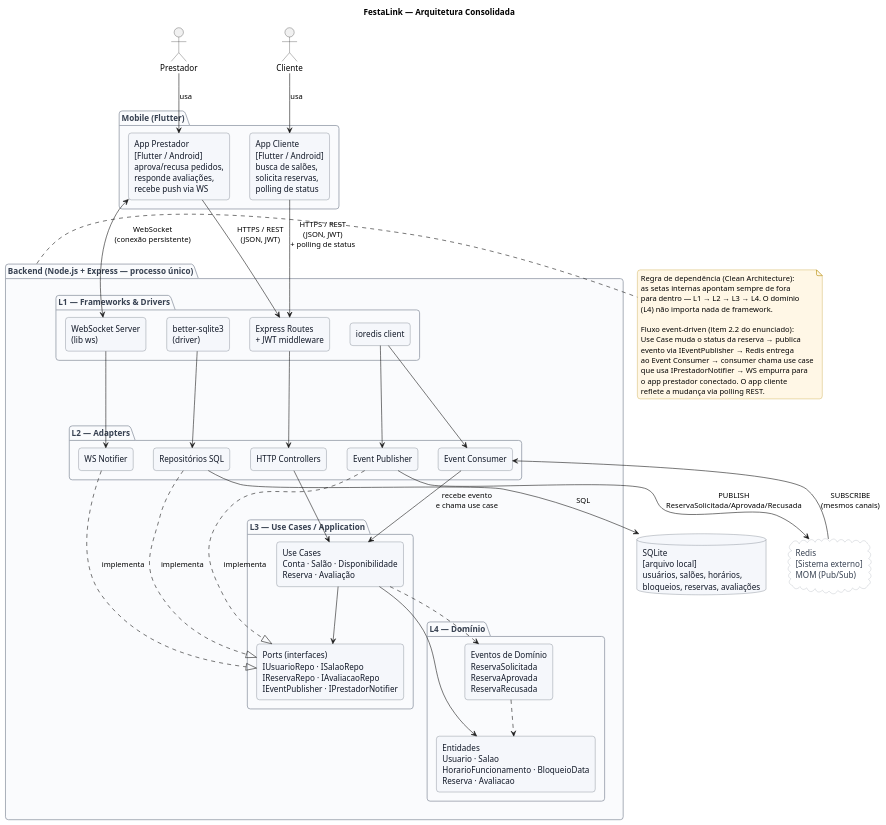
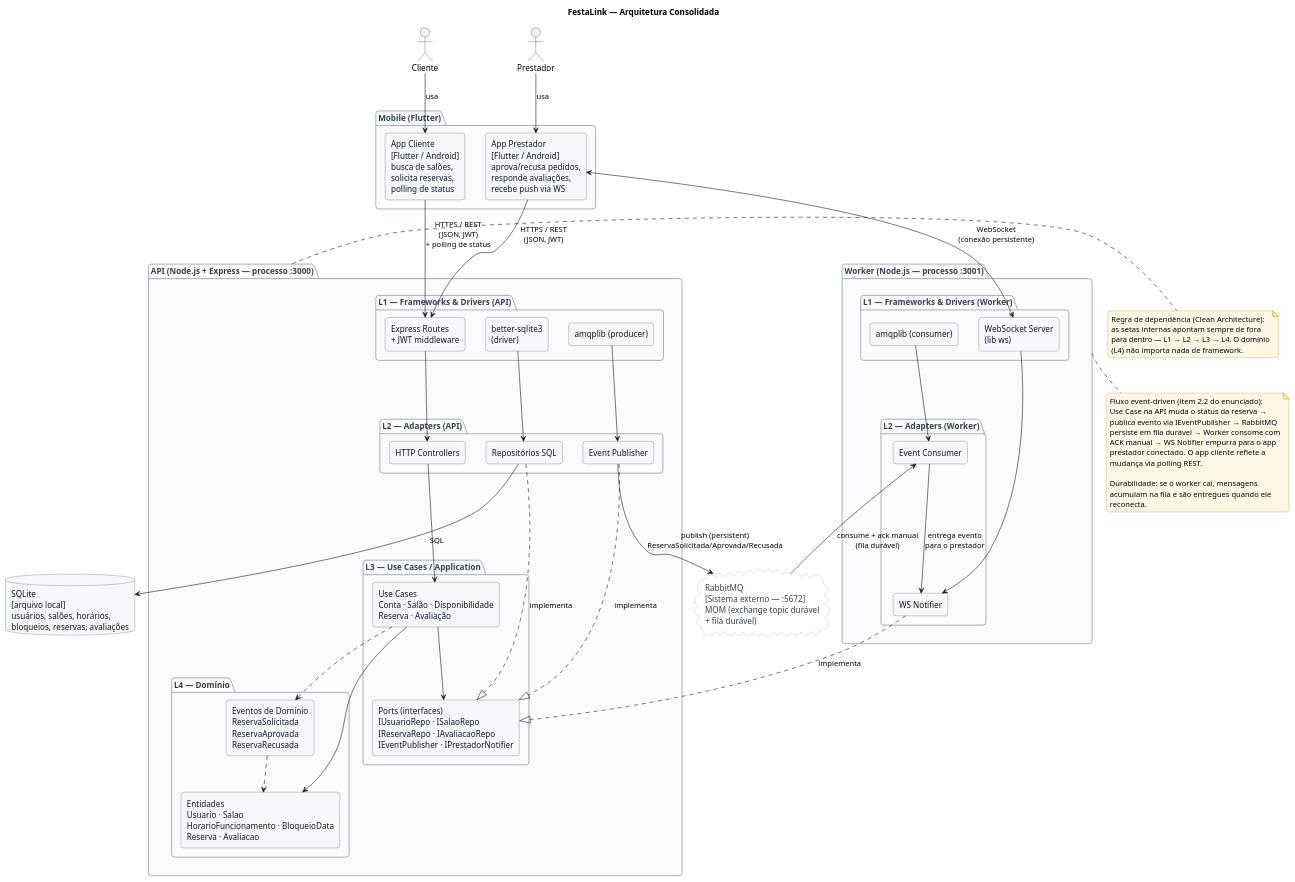
One commit to MiguelMagCastro/festalink_app changed the diagram in docs/diagrams/14-arquitetura.puml. Above: the diagram before and after it, drawn with PlantUML. The commit also changed 9 other files, not shown here.

Commit message:
docs(diagramas): atualiza puml e png para rabbitmq e split api/worker

```diff
--- a/docs/diagrams/14-arquitetura.puml
+++ b/docs/diagrams/14-arquitetura.puml
@@ -1,117 +1,133 @@
 @startuml
 title FestaLink — Arquitetura Consolidada
 
 skinparam backgroundColor #FFFFFF
 skinparam shadowing false
 skinparam roundCorner 10
 skinparam defaultFontName "Helvetica"
 skinparam rectangle {
   BackgroundColor #F5F7FB
   BorderColor #4B5563
   FontColor #111827
 }
 skinparam database {
   BackgroundColor #F5F7FB
   BorderColor #4B5563
   FontColor #111827
 }
 skinparam cloud {
   BackgroundColor #FFFFFF
   BorderColor #9CA3AF
   FontColor #374151
 }
 skinparam package {
   BackgroundColor #FAFBFD
   BorderColor #9CA3AF
   FontColor #374151
 }
 skinparam note {
   BackgroundColor #FFF7E6
   BorderColor #B58900
 }
 
 actor "Cliente" as cli
 actor "Prestador" as pres
 
 package "Mobile (Flutter)" as mob {
   rectangle "App Cliente\n[Flutter / Android]\nbusca de salões,\nsolicita reservas,\npolling de status" as appCli
   rectangle "App Prestador\n[Flutter / Android]\naprova/recusa pedidos,\nresponde avaliações,\nrecebe push via WS" as appPres
 }
 
-package "Backend (Node.js + Express — processo único)" as backend {
+package "API (Node.js + Express — processo :3000)" as api {
 
-  package "L1 — Frameworks & Drivers" as L1 {
+  package "L1 — Frameworks & Drivers (API)" as L1A {
     rectangle "Express Routes\n+ JWT middleware" as routes
-    rectangle "WebSocket Server\n(lib ws)" as wssetup
-    rectangle "ioredis client" as redisc
+    rectangle "amqplib (producer)" as amqpP
     rectangle "better-sqlite3\n(driver)" as dbinit
   }
 
-  package "L2 — Adapters" as L2 {
+  package "L2 — Adapters (API)" as L2A {
     rectangle "HTTP Controllers" as ctrl
     rectangle "Repositórios SQL" as repo
     rectangle "Event Publisher" as pub
-    rectangle "Event Consumer" as cons
-    rectangle "WS Notifier" as wsn
   }
 
   package "L3 — Use Cases / Application" as L3 {
     rectangle "Use Cases\nConta · Salão · Disponibilidade\nReserva · Avaliação" as uc
     rectangle "Ports (interfaces)\nIUsuarioRepo · ISalaoRepo\nIReservaRepo · IAvaliacaoRepo\nIEventPublisher · IPrestadorNotifier" as ports
   }
 
   package "L4 — Domínio" as L4 {
     rectangle "Entidades\nUsuario · Salao\nHorarioFuncionamento · BloqueioData\nReserva · Avaliacao" as ent
     rectangle "Eventos de Domínio\nReservaSolicitada\nReservaAprovada\nReservaRecusada" as evs
   }
 }
 
+package "Worker (Node.js — processo :3001)" as worker {
+
+  package "L1 — Frameworks & Drivers (Worker)" as L1W {
+    rectangle "amqplib (consumer)" as amqpC
+    rectangle "WebSocket Server\n(lib ws)" as wssetup
+  }
+
+  package "L2 — Adapters (Worker)" as L2W {
+    rectangle "Event Consumer" as cons
+    rectangle "WS Notifier" as wsn
+  }
+}
+
 database "SQLite\n[arquivo local]\nusuários, salões, horários,\nbloqueios, reservas, avaliações" as db
 
-cloud "Redis\n[Sistema externo]\nMOM (Pub/Sub)" as redis
+cloud "RabbitMQ\n[Sistema externo — :5672]\nMOM (exchange topic durável\n+ fila durável)" as rabbit
 
 cli --> appCli : usa
 pres --> appPres : usa
 
 appCli --> routes : HTTPS / REST\n(JSON, JWT)\n+ polling de status
 appPres --> routes : HTTPS / REST\n(JSON, JWT)
 appPres <--> wssetup : WebSocket\n(conexão persistente)
 
 routes --> ctrl
 wssetup --> wsn
-redisc --> pub
-redisc --> cons
+amqpP --> pub
+amqpC --> cons
 dbinit --> repo
 
 ctrl --> uc
-cons --> uc : recebe evento\ne chama use case
 
 repo ..|> ports : implementa
 pub ..|> ports : implementa
 wsn ..|> ports : implementa
 
 uc --> ports
 uc --> ent
 uc ..> evs
 evs ..> ent
 
 repo --> db : SQL
-pub --> redis : PUBLISH\nReservaSolicitada/Aprovada/Recusada
-cons <-- redis : SUBSCRIBE\n(mesmos canais)
+pub --> rabbit : publish (persistent)\nReservaSolicitada/Aprovada/Recusada
+cons <-- rabbit : consume + ack manual\n(fila durável)
+cons --> wsn : entrega evento\npara o prestador
 
-note right of backend
+note right of api
   Regra de dependência (Clean Architecture):
   as setas internas apontam sempre de fora
   para dentro — L1 → L2 → L3 → L4. O domínio
   (L4) não importa nada de framework.
+end note
 
+note bottom of worker
   Fluxo event-driven (item 2.2 do enunciado):
-  Use Case muda o status da reserva → publica
-  evento via IEventPublisher → Redis entrega
-  ao Event Consumer → consumer chama use case
-  que usa IPrestadorNotifier → WS empurra para
-  o app prestador conectado. O app cliente
-  reflete a mudança via polling REST.
+  Use Case na API muda o status da reserva →
+  publica evento via IEventPublisher → RabbitMQ
+  persiste em fila durável → Worker consome com
+  ACK manual → WS Notifier empurra para o app
+  prestador conectado. O app cliente reflete a
+  mudança via polling REST.
+
+  Durabilidade: se o worker cai, mensagens
+  acumulam na fila e são entregues quando ele
+  reconecta.
 end note
 
 @enduml
```
